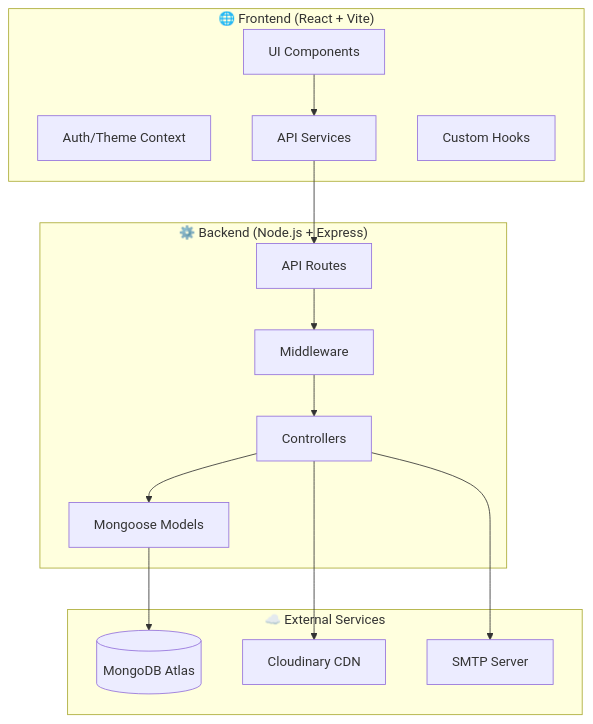
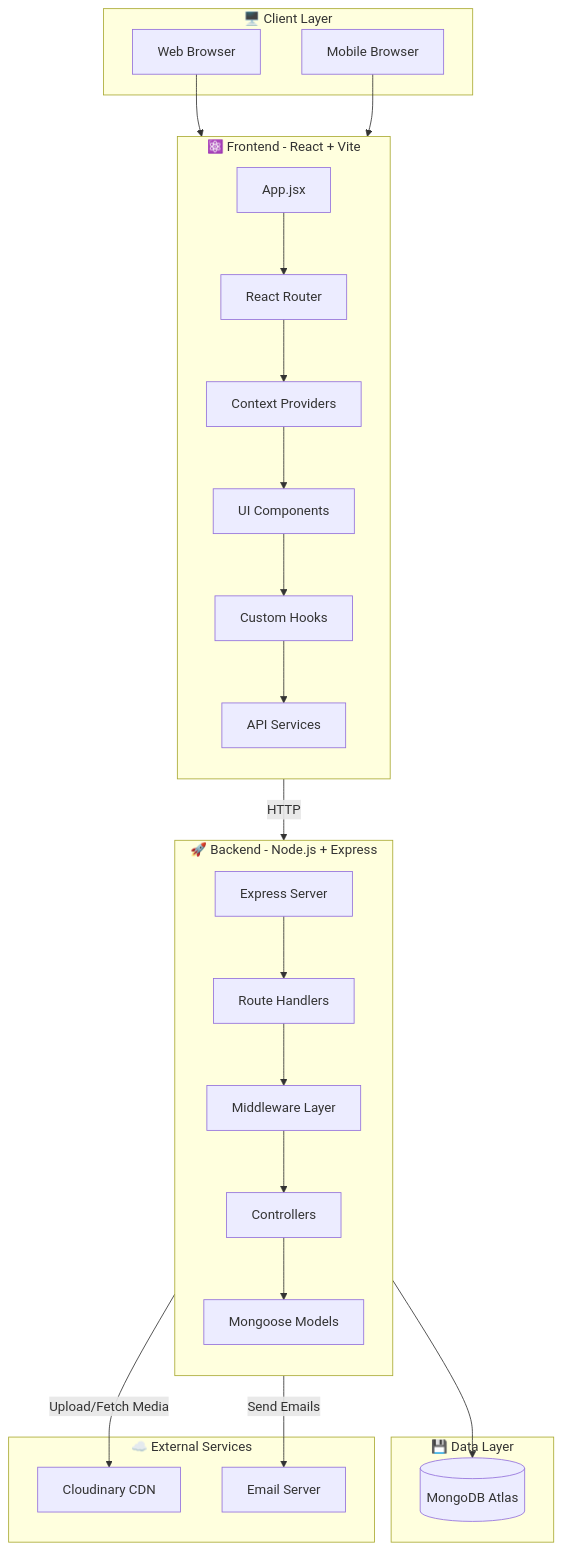
One commit to Anurag-Basuri/streamify changed the first of 4 diagrams in README.md. Above: the diagram before and after it, drawn with Mermaid. The commit also changed other lines of this file, not shown here.

````diff
--- a/README.md
+++ b/README.md
@@ -86,31 +162,51 @@
 ```mermaid
-flowchart TB
-    subgraph Frontend["🌐 Frontend (React + Vite)"]
-        UI[UI Components]
-        Context[Auth/Theme Context]
-        Services[API Services]
-        Hooks[Custom Hooks]
+graph TB
+    subgraph Client["🖥️ Client Layer"]
+        Browser[Web Browser]
+        Mobile[Mobile Browser]
     end
 
-    subgraph Backend["⚙️ Backend (Node.js + Express)"]
-        Routes[API Routes]
+    subgraph Frontend["⚛️ Frontend - React + Vite"]
+        direction TB
+        App[App.jsx]
+        Router[React Router]
+        Context[Context Providers]
+        Components[UI Components]
+        Hooks[Custom Hooks]
+        Services[API Services]
+    end
+
+    subgraph Backend["🚀 Backend - Node.js + Express"]
+        direction TB
+        Express[Express Server]
+        Routes[Route Handlers]
         Controllers[Controllers]
-        Middleware[Middleware]
+        Middleware[Middleware Layer]
         Models[Mongoose Models]
     end
 
-    subgraph External["☁️ External Services"]
+    subgraph Database["💾 Data Layer"]
         MongoDB[(MongoDB Atlas)]
-        Cloudinary[Cloudinary CDN]
-        SMTP[SMTP Server]
     end
 
-    UI --> Services
-    Services --> Routes
+    subgraph External["☁️ External Services"]
+        Cloudinary[Cloudinary CDN]
+        SMTP[Email Server]
+    end
+
+    Browser --> App
+    Mobile --> App
+    App --> Router
+    Router --> Context
+    Context --> Components
+    Components --> Hooks
+    Hooks --> Services
+    Services -->|HTTP| Express
+    Express --> Routes
     Routes --> Middleware
     Middleware --> Controllers
     Controllers --> Models
     Models --> MongoDB
-    Controllers --> Cloudinary
-    Controllers --> SMTP
+    Controllers -->|Upload/Fetch Media| Cloudinary
+    Controllers -->|Send Emails| SMTP
 ```
````
